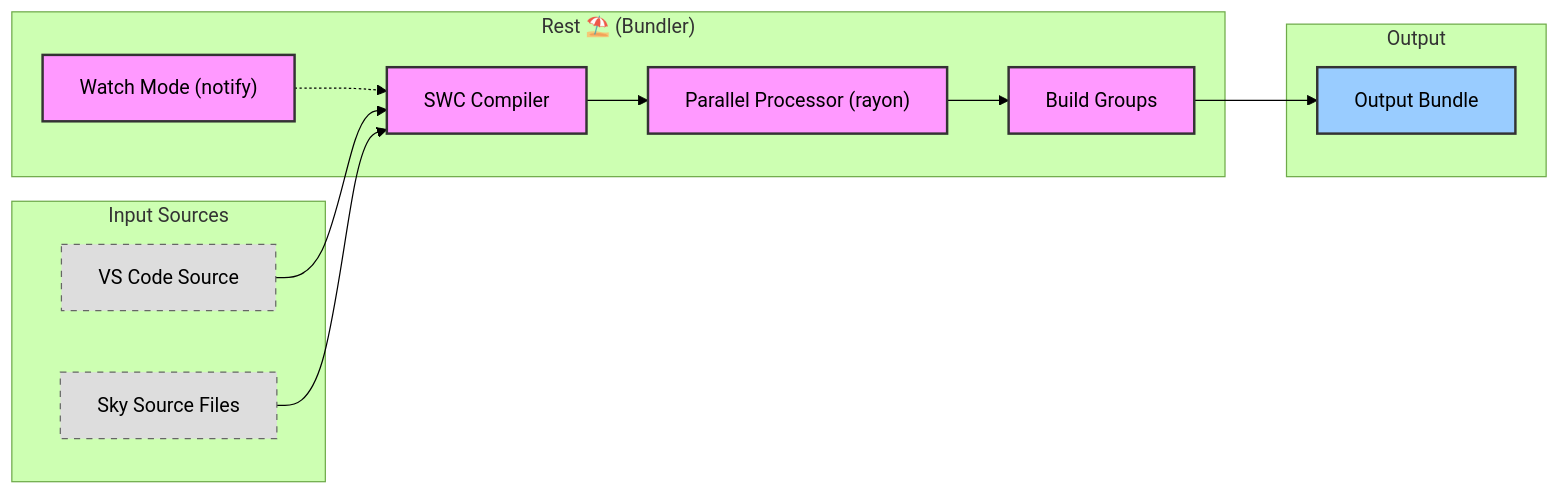
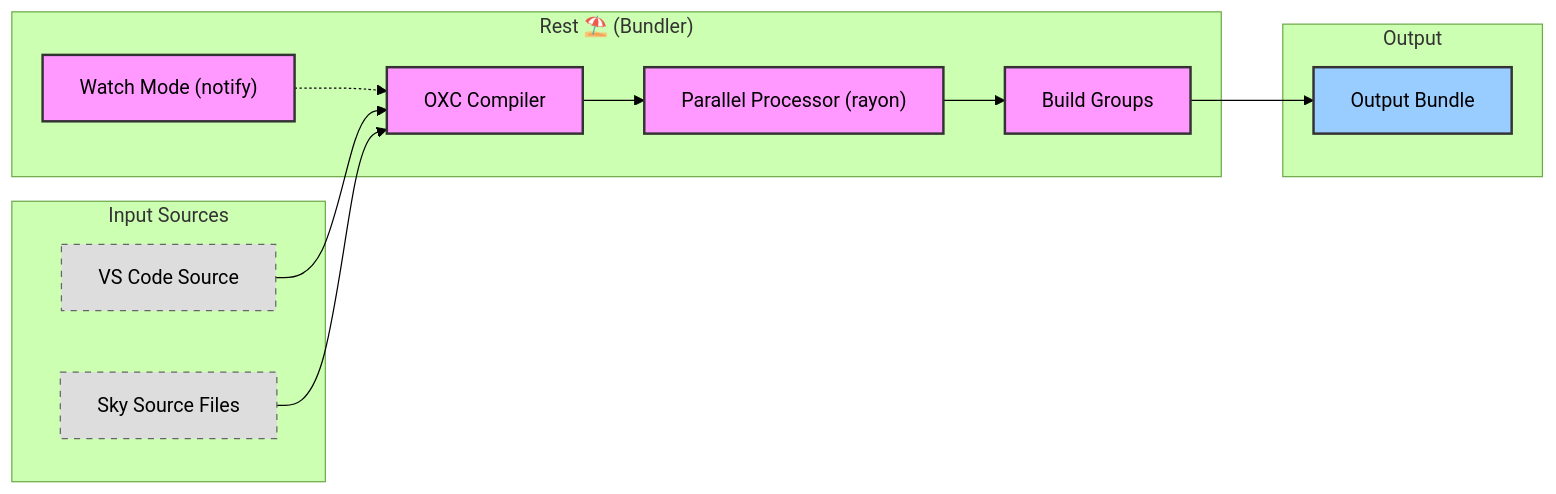
One commit to CodeEditorLand/Rest changed the second of 2 diagrams in README.md. Above: the diagram before and after it, drawn with Mermaid (forest theme). The commit also changed other lines of this file and 41 other files, not shown here.

First line of the commit message:
feat(Rest): Migrate from SWC to OXC compiler ecosystem

````diff
--- a/README.md
+++ b/README.md
@@ -170,30 +237,30 @@
 ```mermaid
 graph LR
-classDef rest fill:#f9f,stroke:#333,stroke-width:2px;
-classDef source fill:#ddd,stroke:#666,stroke-dasharray: 5 5;
-classDef output fill:#9cf,stroke:#333,stroke-width:2px;
+    classDef rest fill:#f9f,stroke:#333,stroke-width:2px;
+    classDef source fill:#ddd,stroke:#666,stroke-dasharray: 5 5;
+    classDef output fill:#9cf,stroke:#333,stroke-width:2px;
 
-subgraph "Input Sources"
-VSCodeSource["VS Code Source"]:::source
-SkySource["Sky Source Files"]:::source
-end
+    subgraph "Input Sources"
+        VSCodeSource["VS Code Source"]:::source
+        SkySource["Sky Source Files"]:::source
+    end
 
-subgraph "Rest ⛱️ (Bundler)"
-SWCCompiler["SWC Compiler"]:::rest
-ParallelProc["Parallel Processor (rayon)"]:::rest
-WatchMode["Watch Mode (notify)"]:::rest
-BuildGroups["Build Groups"]:::rest
+    subgraph "Rest ⛱️ (Bundler)"
+        OXCCompiler["OXC Compiler"]:::rest
+        ParallelProc["Parallel Processor (rayon)"]:::rest
+        WatchMode["Watch Mode (notify)"]:::rest
+        BuildGroups["Build Groups"]:::rest
 
-SWCCompiler --> ParallelProc
-ParallelProc --> BuildGroups
-WatchMode -.-> SWCCompiler
-end
+        OXCCompiler --> ParallelProc
+        ParallelProc --> BuildGroups
+        WatchMode -.-> OXCCompiler
+    end
 
-subgraph "Output"
-OutputBundle["Output Bundle"]:::output
-end
+    subgraph "Output"
+        OutputBundle["Output Bundle"]:::output
+    end
 
-VSCodeSource --> SWCCompiler
-SkySource --> SWCCompiler
-BuildGroups --> OutputBundle
+    VSCodeSource --> OXCCompiler
+    SkySource --> OXCCompiler
+    BuildGroups --> OutputBundle
 ```
````
